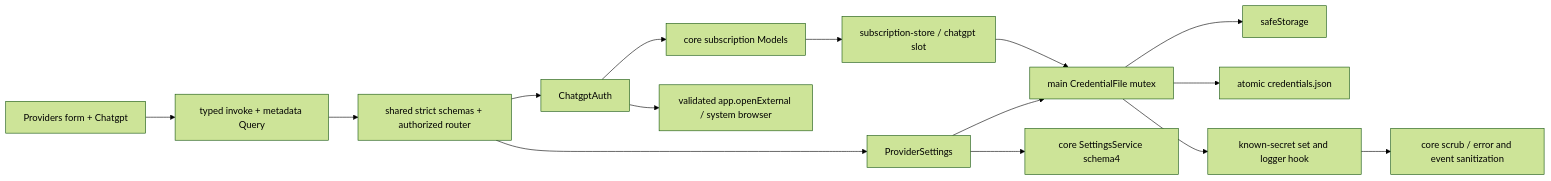
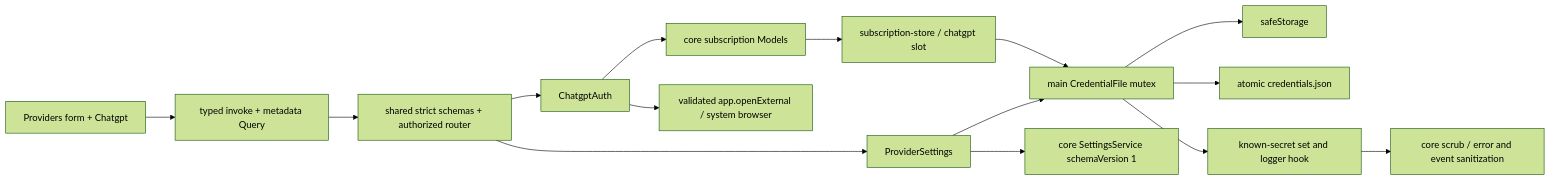
The diagram in .agentic/knowledge/providers.md (DDP-Engineering/2026_Virtual_Embedded_Rig_Assistant), drawn with Mermaid (forest theme) before and after one commit. The commit also changed other lines of this file and 157 other files, not shown here.

````diff
--- a/.agentic/knowledge/providers.md
+++ b/.agentic/knowledge/providers.md
@@ -86,17 +85,17 @@
 ```mermaid
 flowchart LR
  UI[Providers form + Chatgpt] --> API[typed invoke + metadata Query]
  API --> IPC[shared strict schemas + authorized router]
  IPC --> Auth[ChatgptAuth]
  Auth --> Subscription[core subscription Models]
  Subscription --> View[subscription-store / chatgpt slot]
  View --> Store
  Auth --> External[validated app.openExternal / system browser]
  IPC --> Main[ProviderSettings]
- Main --> Settings[core SettingsService schema4]
+ Main --> Settings[core SettingsService schemaVersion 1]
  Main --> Store[main CredentialFile mutex]
  Store --> Crypto[safeStorage]
  Store --> Files[atomic credentials.json]
  Store --> Registry[known-secret set and logger hook]
  Registry --> Scrub[core scrub / error and event sanitization]
 ```
````
